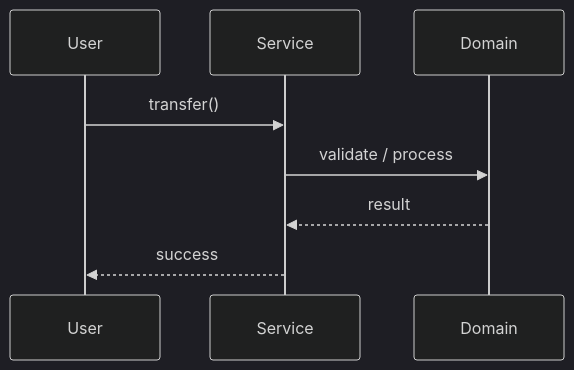
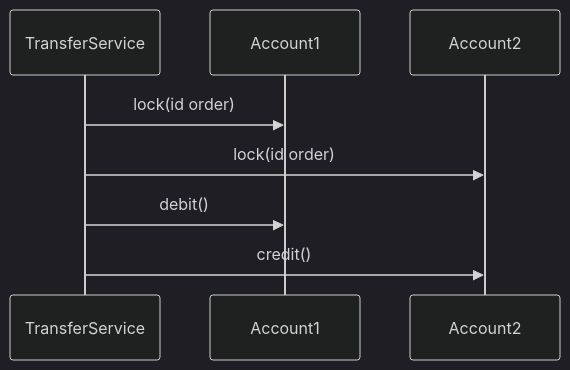
One commit to madhupaila/Interview-Prep-SSE changed the second of 3 diagrams in Learn/System Design - Low Level Design/04-concurrency-lld/questions/Q14-bank-transfer-deadlock.md. Above: the diagram before and after it, drawn with Mermaid (dark theme). The commit also changed other lines of this file and 491 other files, not shown here.

````diff
--- a/Learn/System Design - Low Level Design/04-concurrency-lld/questions/Q14-bank-transfer-deadlock.md
+++ b/Learn/System Design - Low Level Design/04-concurrency-lld/questions/Q14-bank-transfer-deadlock.md
@@ -120,10 +150,10 @@
 ```mermaid
 sequenceDiagram
-    participant U as User
-    participant S as Service
-    participant D as Domain
-    U->>S: transfer()
-    S->>D: validate / process
-    D-->>S: result
-    S-->>U: success
+participant T as TransferService
+participant A1 as Account1
+participant A2 as Account2
+T->>A1: lock(id order)
+T->>A2: lock(id order)
+T->>A1: debit()
+T->>A2: credit()
 ```
````
